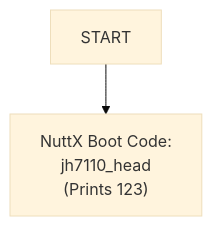
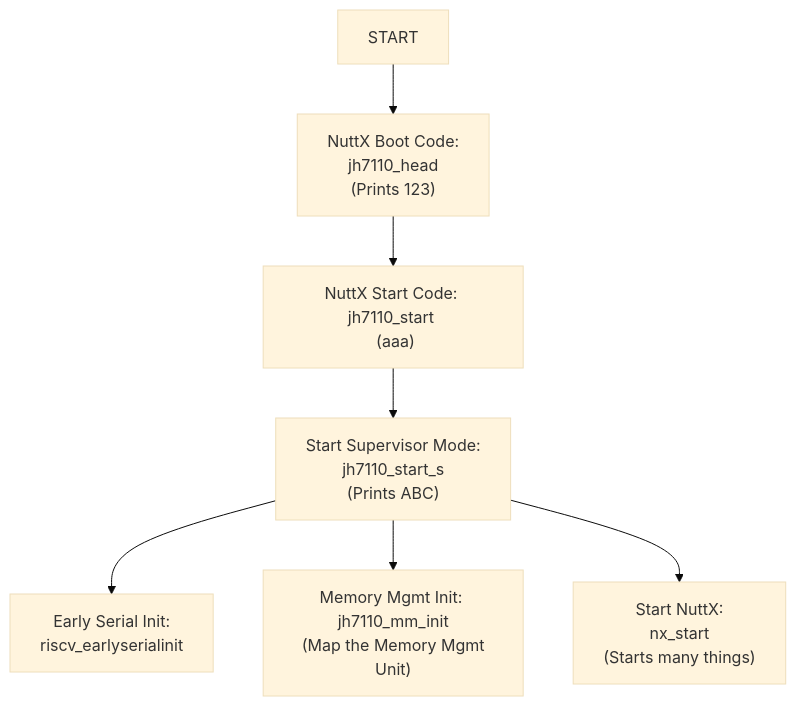
Before and after one commit to lupyuen/nuttx-ox64: the diagram in README.md, drawn with Mermaid (base theme). The commit also changed other lines of this file, not shown here.

````diff
--- a/README.md
+++ b/README.md
@@ -1463,5 +1463,21 @@
 ```mermaid
 flowchart TD
 START --> jh7110_head["NuttX Boot Code: \n jh7110_head \n (Prints 123)"]
 click jh7110_head href "https://github.com/lupyuen2/wip-pinephone-nuttx/blob/ox64/arch/risc-v/src/jh7110/jh7110_head.S#L41-L156" "arch/risc-v/src/jh7110/jh7110_head.S" _blank
+
+jh7110_head --> jh7110_start["NuttX Start Code: jh7110_start \n (aaa)"]
+click jh7110_start href "https://github.com/lupyuen2/wip-pinephone-nuttx/blob/ox64/arch/risc-v/src/jh7110/jh7110_start.c#L129-L159" "arch/risc-v/src/jh7110/jh7110_start.c" _blank
+
+jh7110_start --> jh7110_start_s["Start Supervisor Mode: \n jh7110_start_s \n (Prints ABC)"]
+click jh7110_start_s href "https://github.com/lupyuen2/wip-pinephone-nuttx/blob/ox64/arch/risc-v/src/jh7110/jh7110_start.c#L82-L129" "arch/risc-v/src/jh7110/jh7110_start.c" _blank
+
+jh7110_start_s --> riscv_earlyserialinit["Early Serial Init: \n riscv_earlyserialinit"]
+click riscv_earlyserialinit href "https://github.com/lupyuen2/wip-pinephone-nuttx/blob/ox64/arch/risc-v/src/jh7110/jh7110_start.c#L159-L164" "arch/risc-v/src/jh7110/jh7110_start.c" _blank
+
+jh7110_start_s --> jh7110_mm_init["Memory Mgmt Init: \n jh7110_mm_init \n (Map the Memory Mgmt Unit)"]
+click jh7110_mm_init href "https://github.com/lupyuen2/wip-pinephone-nuttx/blob/ox64/arch/risc-v/src/jh7110/jh7110_mm_init.c#L259-L284" "arch/risc-v/src/jh7110/jh7110_mm_init.c" _blank
+
+jh7110_start_s --> nx_start["Start NuttX: \n nx_start \n (Starts many things)"]
+click nx_start href "https://github.com/lupyuen2/wip-pinephone-nuttx/blob/ox64/sched/init/nx_start.c#L298-L713" "sched/init/nx_start.c" _blank
+
 ```
````
